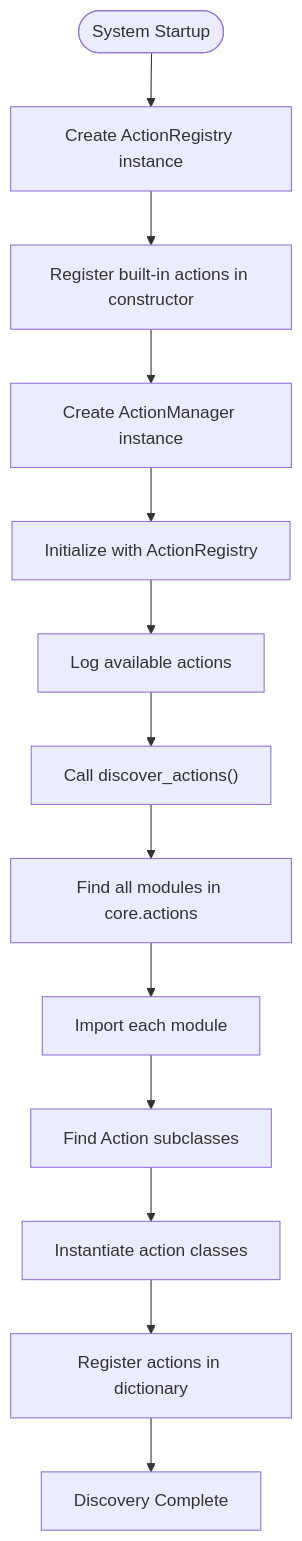
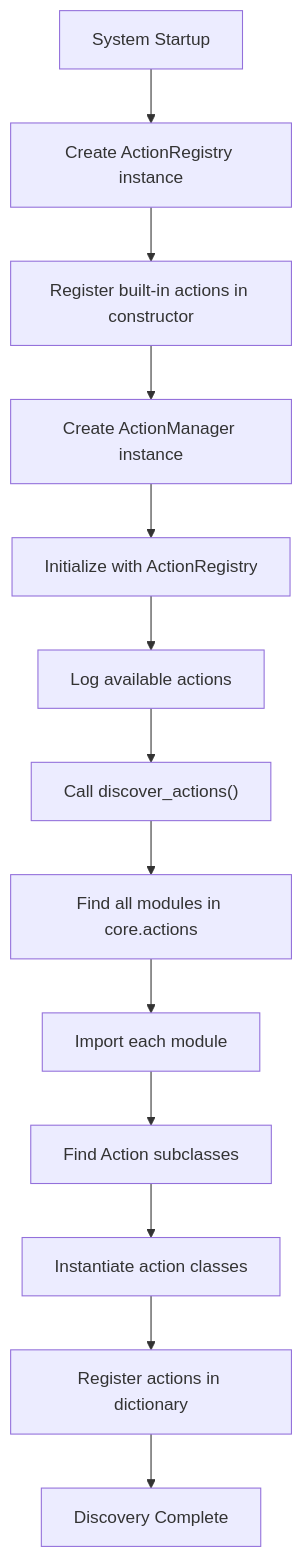
Before and after one commit to Likhithsai2580/RAVANA-WIKI: the fourth of 7 diagrams in docs/Action System/Action Registry.md, drawn with Mermaid. The commit also changed other lines of this file and 52 other files, not shown here.

First line of the commit message:
chore(docs): update documentation content, fix Mermaid diagrams, and enhance README

````diff
--- a/docs/Action System/Action Registry.md
+++ b/docs/Action System/Action Registry.md
@@ -224,15 +224,15 @@
 ```mermaid
 flowchart TD
-Start([System Startup]) --> CreateRegistry["Create ActionRegistry instance"]
+Start["System Startup"] --> CreateRegistry["Create ActionRegistry instance"]
 CreateRegistry --> RegisterBuiltIn["Register built-in actions in constructor"]
 RegisterBuiltIn --> CreateActionManager["Create ActionManager instance"]
 CreateActionManager --> InitializeRegistry["Initialize with ActionRegistry"]
 InitializeRegistry --> LogActions["Log available actions"]
 LogActions --> CallDiscover["Call discover_actions()"]
 CallDiscover --> FindModules["Find all modules in core.actions"]
 FindModules --> ImportModule["Import each module"]
 ImportModule --> FindClasses["Find Action subclasses"]
 FindClasses --> Instantiate["Instantiate action classes"]
 Instantiate --> RegisterActions["Register actions in dictionary"]
 RegisterActions --> Complete["Discovery Complete"]
 ```
````
